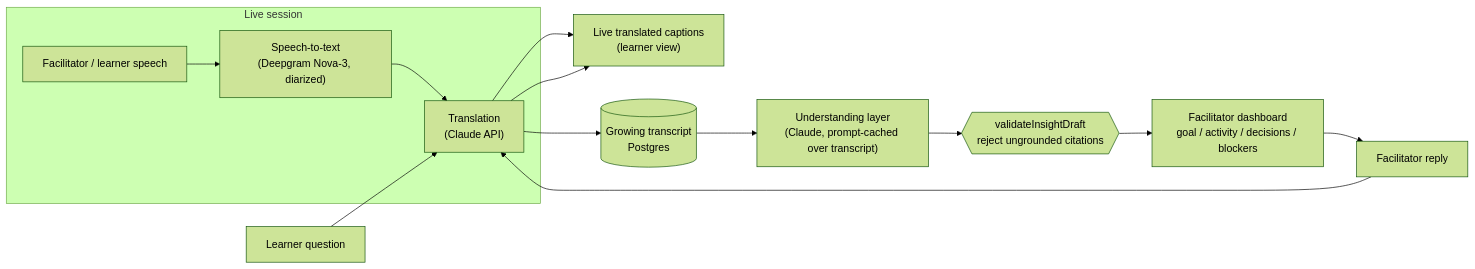
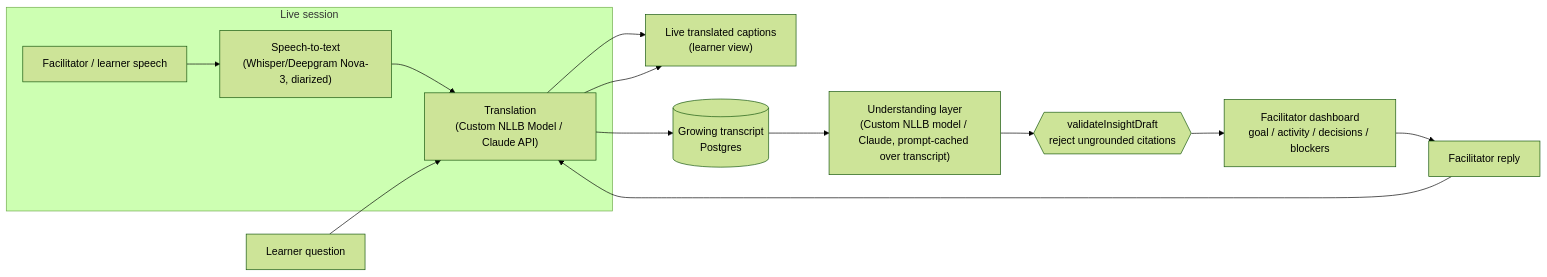
The diagram in README.md (pulkitchowdry/cross_lingual_remote_workshop_facilitation), drawn with Mermaid (forest theme) before and after one commit. The commit also changed other lines of this file, not shown here.

Commit message:
Updated tech stack and architecture details

````diff
--- a/README.md
+++ b/README.md
@@ -11,17 +11,17 @@
 ```mermaid
 flowchart LR
     subgraph Live[Live session]
-        Mic["Facilitator / learner speech"] --> STT["Speech-to-text\n(Deepgram Nova-3, diarized)"]
-        STT --> MT["Translation\n(Claude API)"]
+        Mic["Facilitator / learner speech"] --> STT["Speech-to-text\n(Whisper/Deepgram Nova-3, diarized)"]
+        STT --> MT["Translation\n(Custom NLLB Model / Claude API)"]
     end
 
     MT --> Captions["Live translated captions\n(learner view)"]
     MT --> Transcript[("Growing transcript\nPostgres")]
 
-    Transcript --> AI["Understanding layer\n(Claude, prompt-cached over transcript)"]
+    Transcript --> AI["Understanding layer\n(Custom NLLB model / Claude, prompt-cached over transcript)"]
     AI --> Guard{{"validateInsightDraft\nreject ungrounded citations"}}
     Guard --> Dashboard["Facilitator dashboard\ngoal / activity / decisions / blockers"]
 
     Learner["Learner question"] --> MT
     Dashboard --> Reply["Facilitator reply"] --> MT --> Captions
 ```
````
